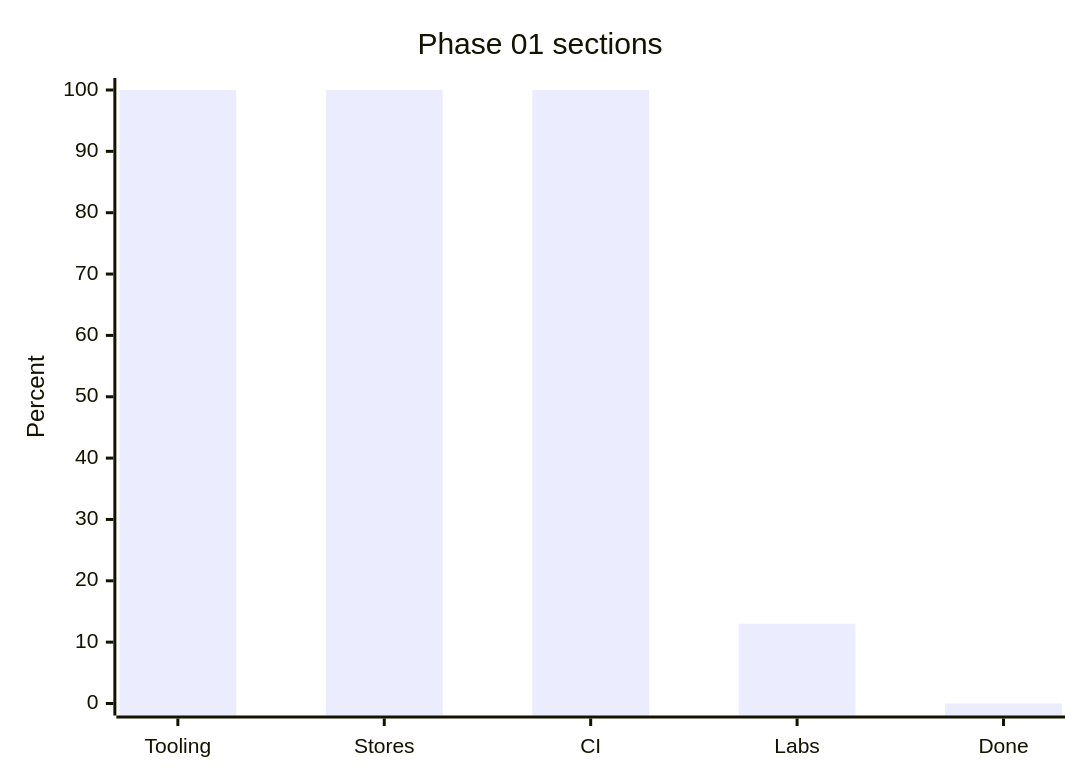
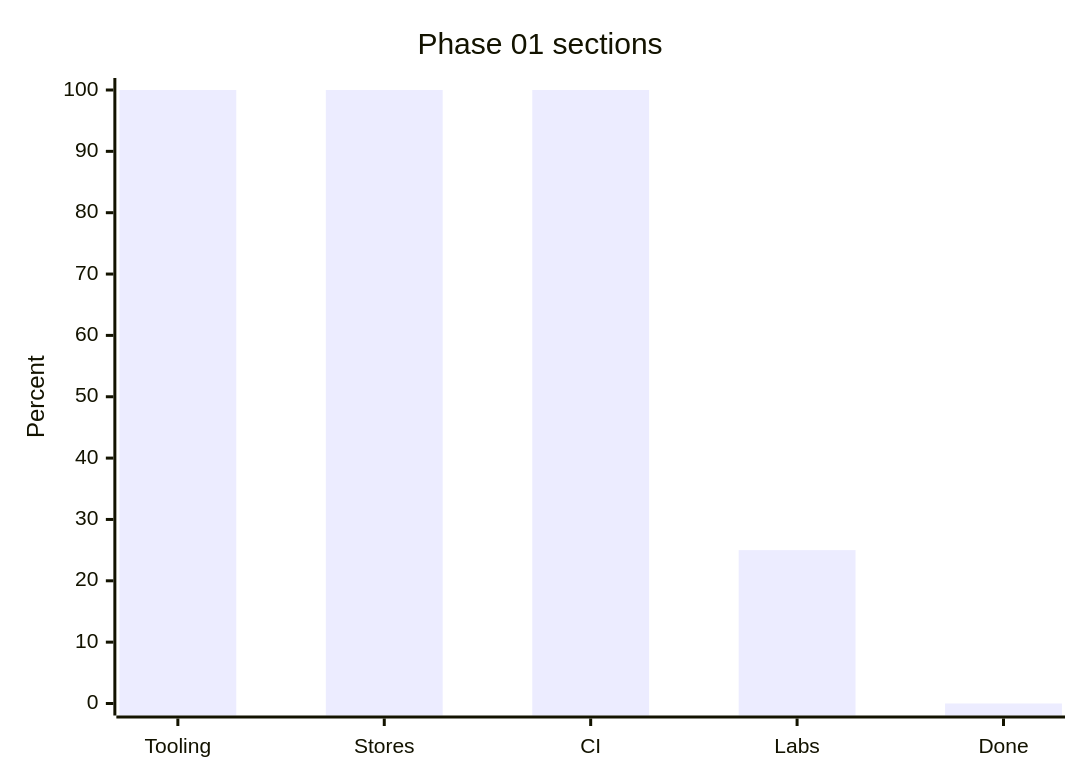
One commit to konradporeba/agents_learning changed the third of 3 diagrams in learning_plan/PROGRESS.md. Above: the diagram before and after it, drawn with Mermaid. The commit also changed other lines of this file and 5 other files, not shown here.

````diff
--- a/learning_plan/PROGRESS.md
+++ b/learning_plan/PROGRESS.md
@@ -48,7 +48,7 @@
 ```mermaid
 xychart-beta
     title "Phase 01 sections"
     x-axis [Tooling, Stores, CI, Labs, Done]
     y-axis "Percent" 0 --> 100
-    bar [100, 100, 100, 13, 0]
+    bar [100, 100, 100, 25, 0]
 ```
````
